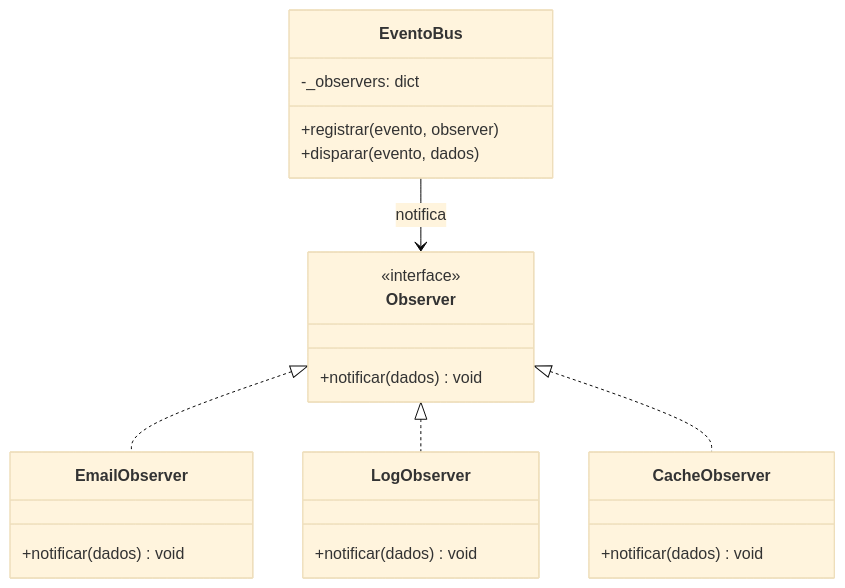
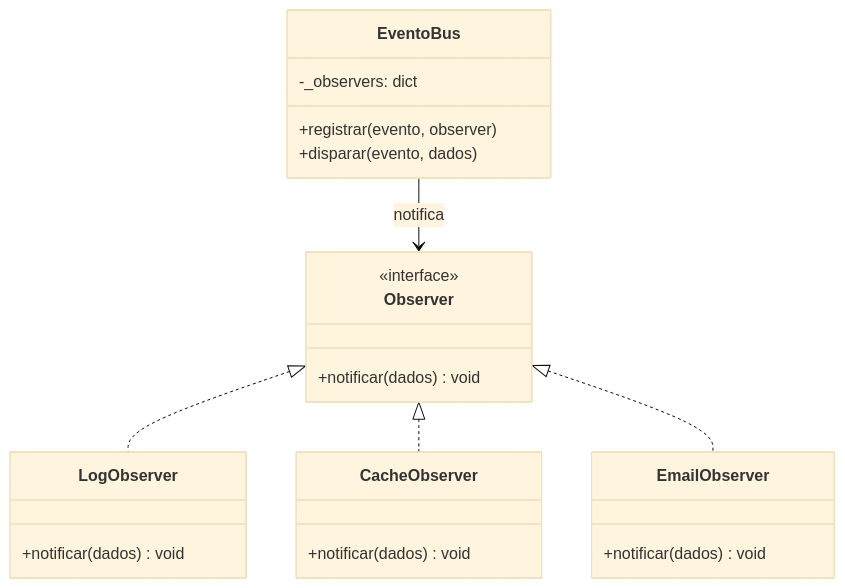
The third of 4 diagrams in Padroesgof.md (mariadinizrosa/HubSocial_Projeto), drawn with Mermaid (base theme) before and after one commit. The commit also changed other lines of this file, not shown here.

````diff
--- a/Padroesgof.md
+++ b/Padroesgof.md
@@ -198,26 +198,26 @@
 ```mermaid
 classDiagram
   class EventoBus {
     -_observers: dict
     +registrar(evento, observer)
     +disparar(evento, dados)
   }
   class Observer {
     <<interface>>
     +notificar(dados) void
   }
-  class EmailObserver {
-    +notificar(dados) void
-  }
   class LogObserver {
     +notificar(dados) void
   }
   class CacheObserver {
     +notificar(dados) void
   }
+  class EmailObserver {
+    +notificar(dados) void
+  }
 
-  Observer <|.. EmailObserver
   Observer <|.. LogObserver
   Observer <|.. CacheObserver
+  Observer <|.. EmailObserver
   EventoBus --> Observer : notifica
 ```
````
